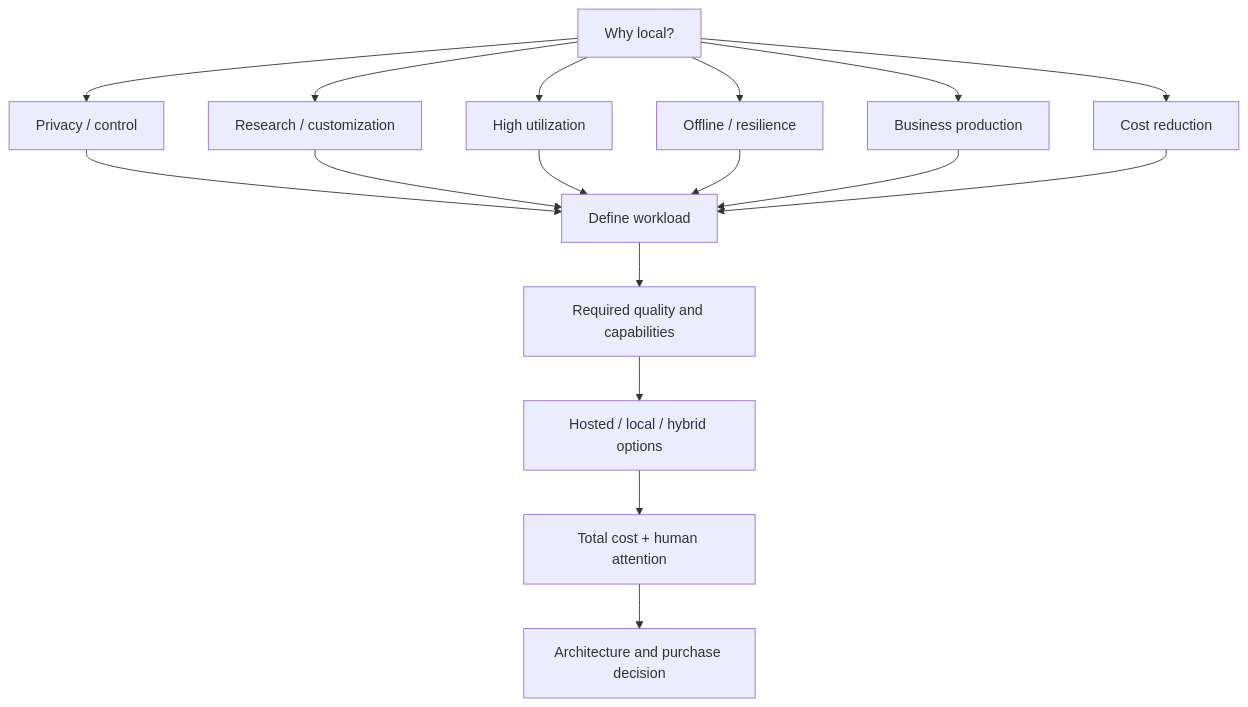
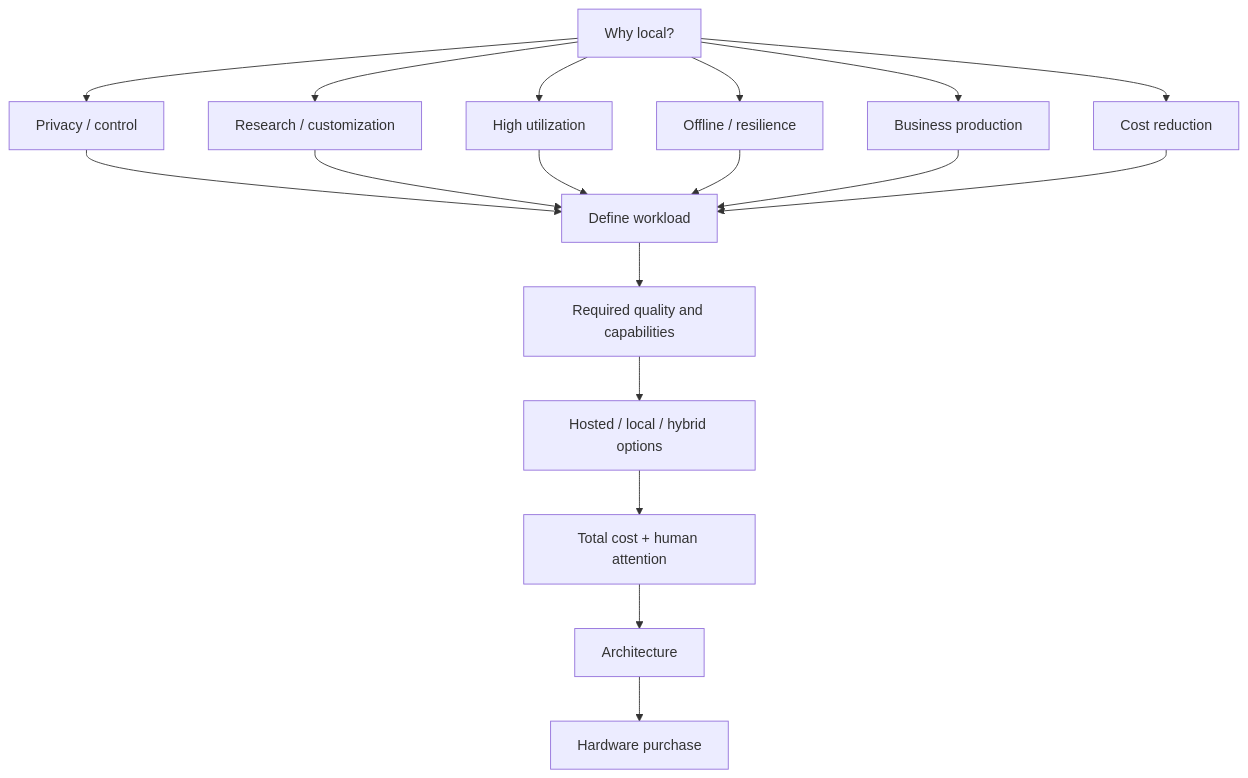
The fourth of 4 diagrams in notes/articles/2026-10-06-before-you-buy-local-ai-decide-what-you-are-optimizing-for.md (starodubtsevconsulting/ai-fleas), drawn with Mermaid before and after one commit. The commit also changed other lines of this file, not shown here.

Commit message:
docs: restructure local AI article around four decision diagrams

````diff
--- a/notes/articles/2026-10-06-before-you-buy-local-ai-decide-what-you-are-optimizing-for.md
+++ b/notes/articles/2026-10-06-before-you-buy-local-ai-decide-what-you-are-optimizing-for.md
@@ -163,21 +208,22 @@
 ```mermaid
 flowchart TD
     A[Why local?] --> P[Privacy / control]
     A --> R[Research / customization]
     A --> U[High utilization]
     A --> O[Offline / resilience]
     A --> B[Business production]
     A --> C[Cost reduction]
 
     P --> W[Define workload]
     R --> W
     U --> W
     O --> W
     B --> W
     C --> W
 
     W --> Q[Required quality and capabilities]
     Q --> H[Hosted / local / hybrid options]
     H --> T[Total cost + human attention]
-    T --> D[Architecture and purchase decision]
+    T --> D[Architecture]
+    D --> P2[Hardware purchase]
 ```
````
